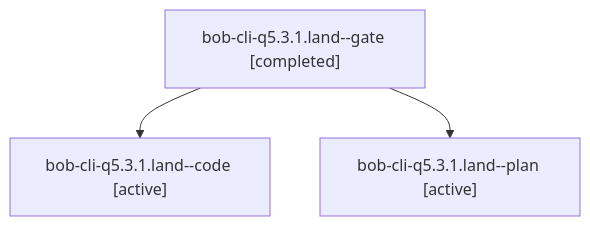
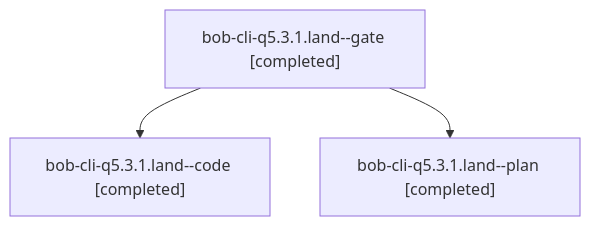
The diagram in sessions/bbugyi200.athena.bob-cli-q5.3.1.land.md (bobs-org/bob-cli--agents), drawn with Mermaid before and after one commit. The commit also changed other lines of this file and 112 other files, not shown here.

````diff
--- a/sessions/bbugyi200.athena.bob-cli-q5.3.1.land.md
+++ b/sessions/bbugyi200.athena.bob-cli-q5.3.1.land.md
@@ -9,8 +9,8 @@
 ```mermaid
 flowchart TD
   n0["bob-cli-q5.3.1.land--gate [completed]"]
-  n1["bob-cli-q5.3.1.land--code [active]"]
+  n1["bob-cli-q5.3.1.land--code [completed]"]
   n0 --> n1
-  n2["bob-cli-q5.3.1.land--plan [active]"]
+  n2["bob-cli-q5.3.1.land--plan [completed]"]
   n0 --> n2
 ```
````
